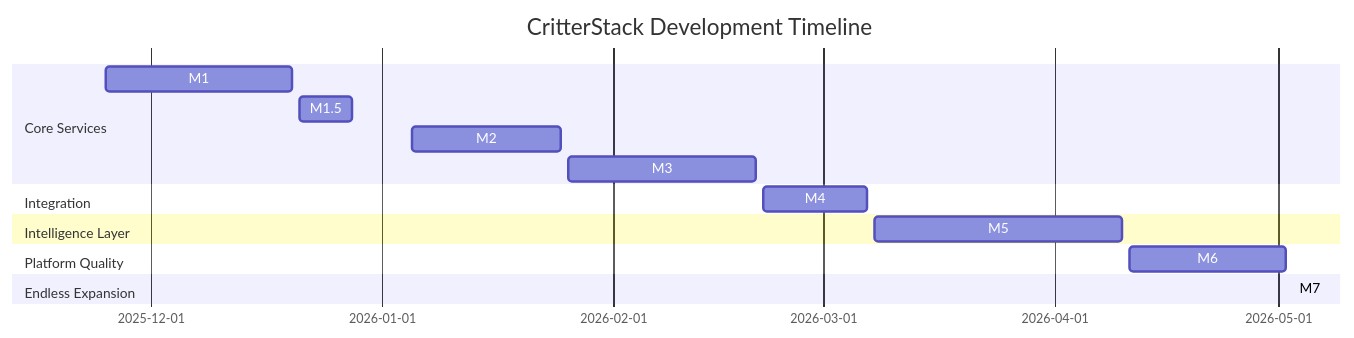
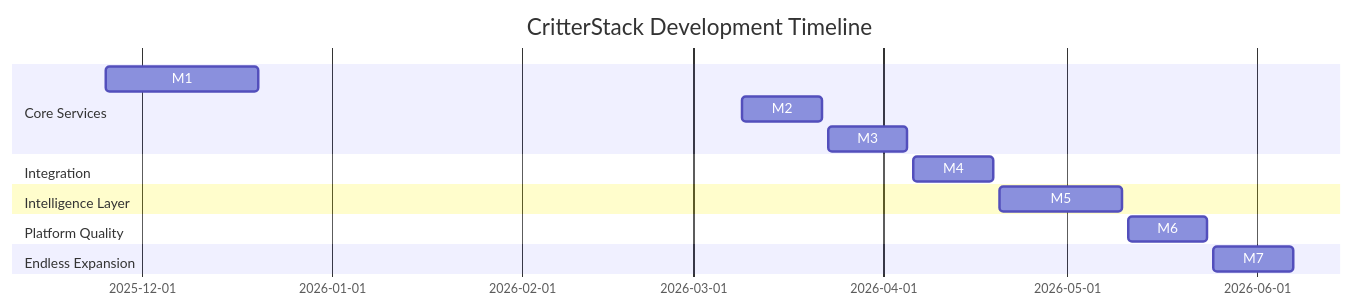
One commit to ElleWhitePB/CritterStack changed the second of 2 diagrams in README.md. Above: the diagram before and after it, drawn with Mermaid. The commit also changed other lines of this file, not shown here.

````diff
--- a/README.md
+++ b/README.md
@@ -558,23 +554,22 @@
 ```mermaid
 gantt
     title CritterStack Development Timeline
     dateFormat  YYYY-MM-DD
 
     section Core Services
     M1: Creature Service MVP     :m1, 2025-11-25, 2025-12-20
-    M1.5: CI Baseline            :m15, 2025-12-21, 2025-12-28
-    M2: Biome Service MVP        :m2, 2026-01-05, 2026-01-25
-    M3: Event Service MVP        :m3, 2026-01-26, 2026-02-20
+    M2: Biome Service MVP        :m2, 2026-03-09, 2026-03-22
+    M3: Event Service MVP        :m3, 2026-03-23, 2026-04-05
 
     section Integration
-    M4: API Gateway MVP          :m4, 2026-02-21, 2026-03-07
+    M4: API Gateway MVP          :m4, 2026-04-06, 2026-04-19
 
     section Intelligence Layer
-    M5: Evolution Engine         :m5, 2026-03-08, 2026-04-10
+    M5: Evolution Engine         :m5, 2026-04-20, 2026-05-10
 
     section Platform Quality
-    M6: Observability & CI       :m6, 2026-04-11, 2026-05-02
+    M6: Observability & CI       :m6, 2026-05-11, 2026-05-24
 
     section Endless Expansion
-    M7: Optional Fun Zone        :m7, 2026-05-03, 2026-06-31
+    M7: Optional Fun Zone        :m7, 2026-05-25, 2026-06-07
 ```
````
